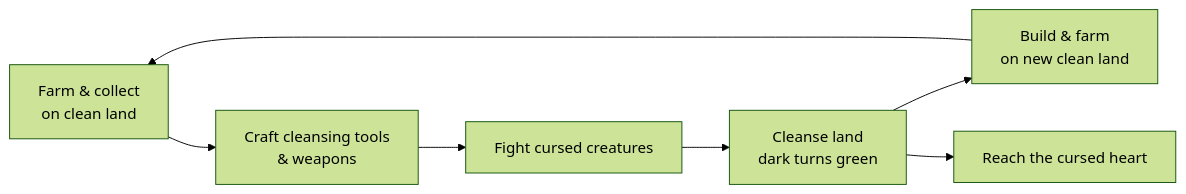
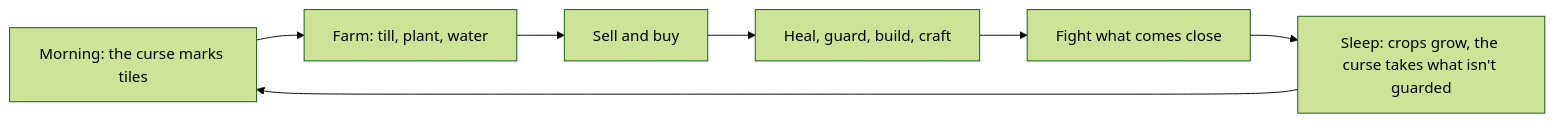
Before and after one commit to sudo0x/GameDevelopments: the diagram in docs/03_2026-11-03_game-concept.md, drawn with Mermaid (forest theme). The commit also changed other lines of this file and 41 other files, not shown here.

````diff
--- a/docs/03_2026-11-03_game-concept.md
+++ b/docs/03_2026-11-03_game-concept.md
@@ -48,9 +31,9 @@
 ```mermaid
 flowchart LR
-    A[Farm & collect<br/>on clean land] --> B[Craft cleansing tools<br/>& weapons]
-    B --> C[Fight cursed creatures]
-    C --> D[Cleanse land<br/>dark turns green]
-    D --> E[Build & farm<br/>on new clean land]
-    E --> A
-    D --> F[Reach the cursed heart]
+	A[Morning: the curse marks tiles] --> B[Farm: till, plant, water]
+	B --> C[Sell and buy]
+	C --> D[Heal, guard, build, craft]
+	D --> E[Fight what comes close]
+	E --> F[Sleep: crops grow, the curse takes what isn't guarded]
+	F --> A
 ```
````
